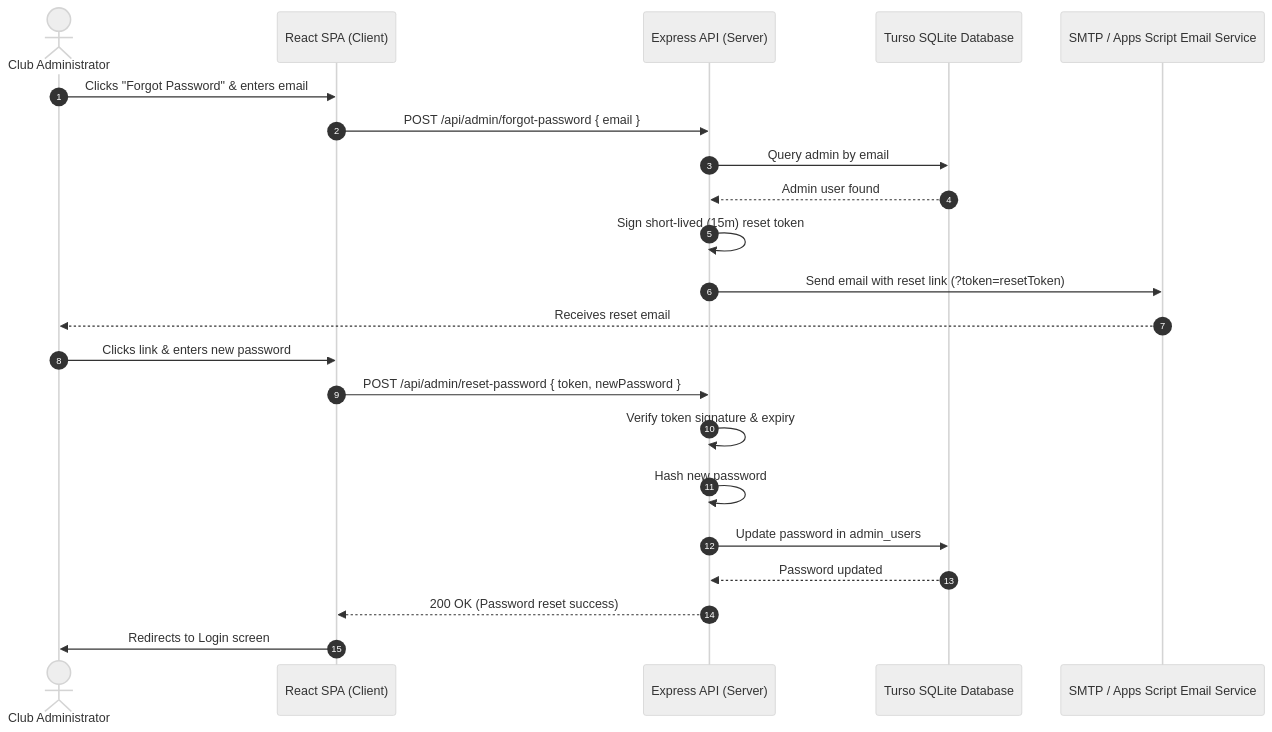
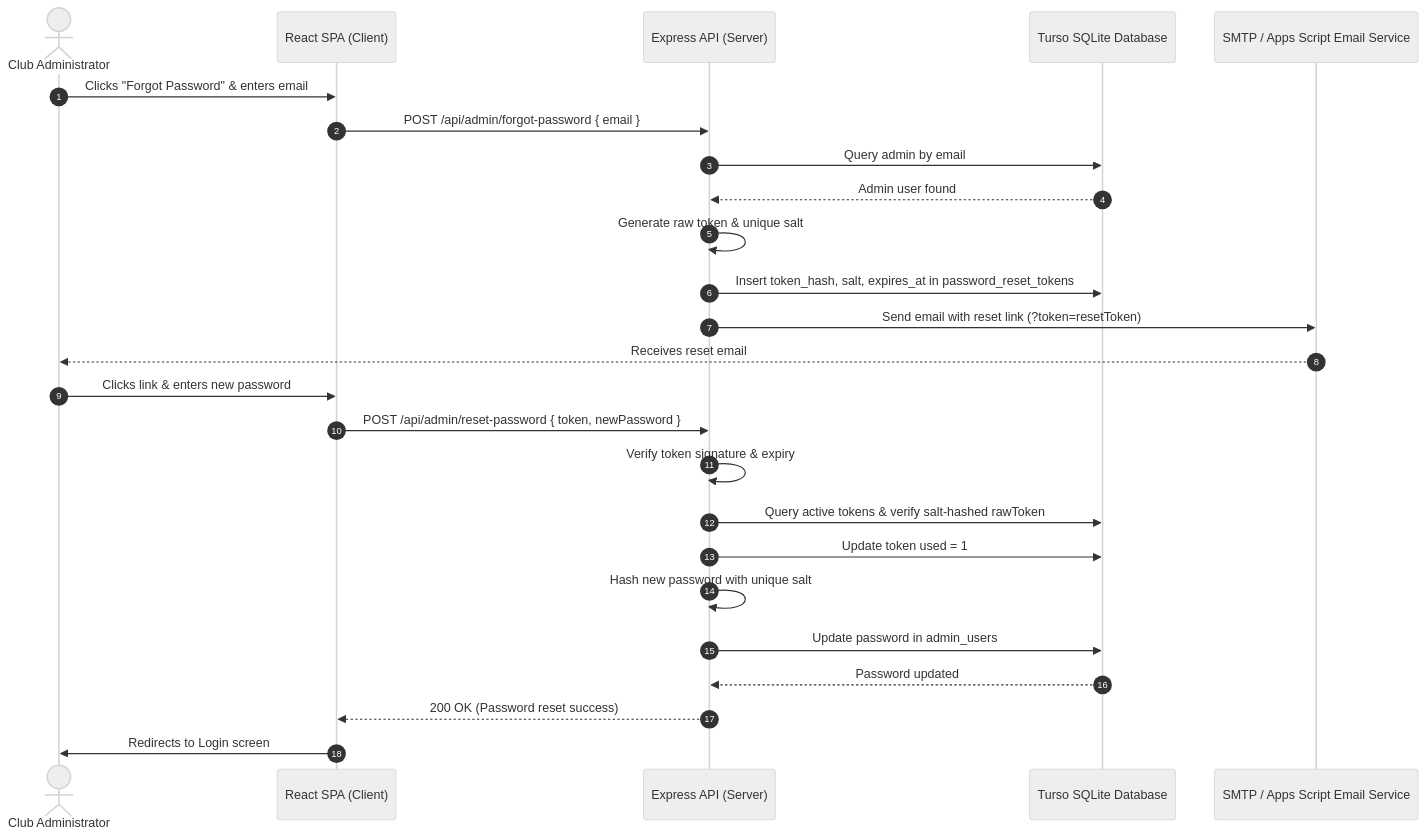
The fifth of 25 diagrams in README.md (saicharan-bhuthkuri/rd), drawn with Mermaid (neutral theme) before and after one commit. The commit also changed other lines of this file, not shown here.

````diff
--- a/README.md
+++ b/README.md
@@ -478,25 +478,28 @@
 ```mermaid
 sequenceDiagram
     autonumber
     actor Admin as Club Administrator
     participant Browser as React SPA (Client)
     participant Server as Express API (Server)
     participant DB as Turso SQLite Database
     participant Email as SMTP / Apps Script Email Service
 
     Admin->>Browser: Clicks "Forgot Password" & enters email
     Browser->>Server: POST /api/admin/forgot-password { email }
     Server->>DB: Query admin by email
     DB-->>Server: Admin user found
-    Server->>Server: Sign short-lived (15m) reset token
+    Server->>Server: Generate raw token & unique salt
+    Server->>DB: Insert token_hash, salt, expires_at in password_reset_tokens
     Server->>Email: Send email with reset link (?token=resetToken)
     Email-->>Admin: Receives reset email
     Admin->>Browser: Clicks link & enters new password
     Browser->>Server: POST /api/admin/reset-password { token, newPassword }
     Server->>Server: Verify token signature & expiry
-    Server->>Server: Hash new password
+    Server->>DB: Query active tokens & verify salt-hashed rawToken
+    Server->>DB: Update token used = 1
+    Server->>Server: Hash new password with unique salt
     Server->>DB: Update password in admin_users
     DB-->>Server: Password updated
     Server-->>Browser: 200 OK (Password reset success)
     Browser->>Admin: Redirects to Login screen
 ```
````
